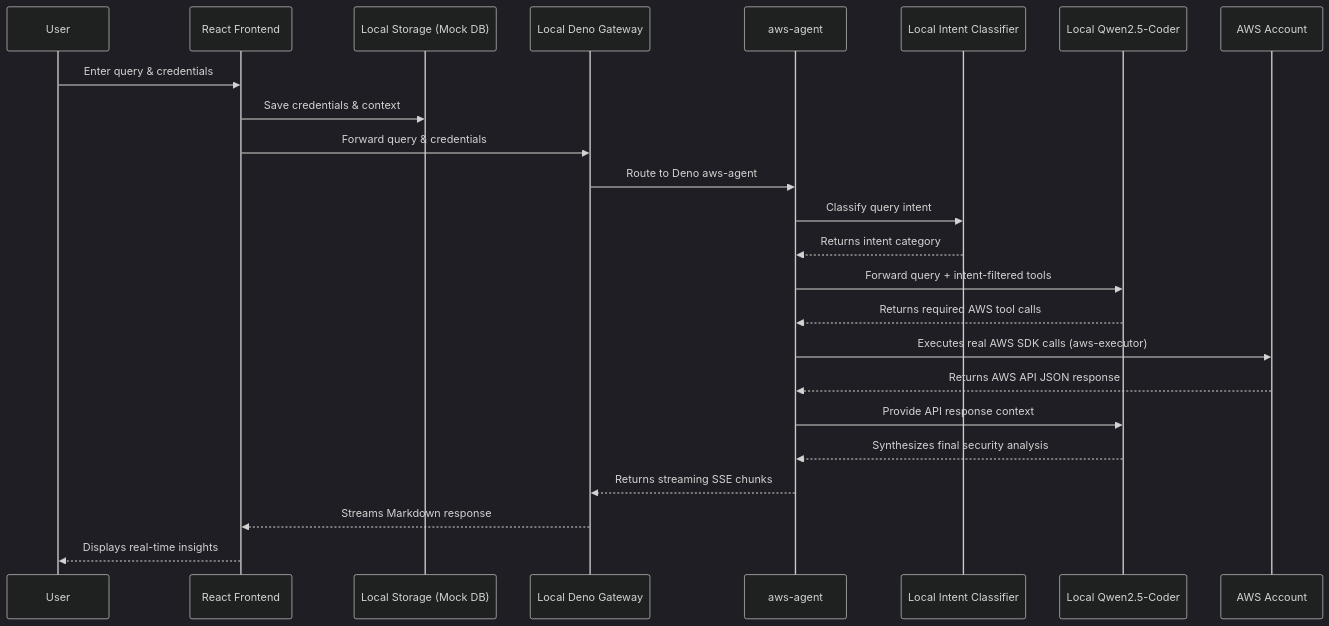
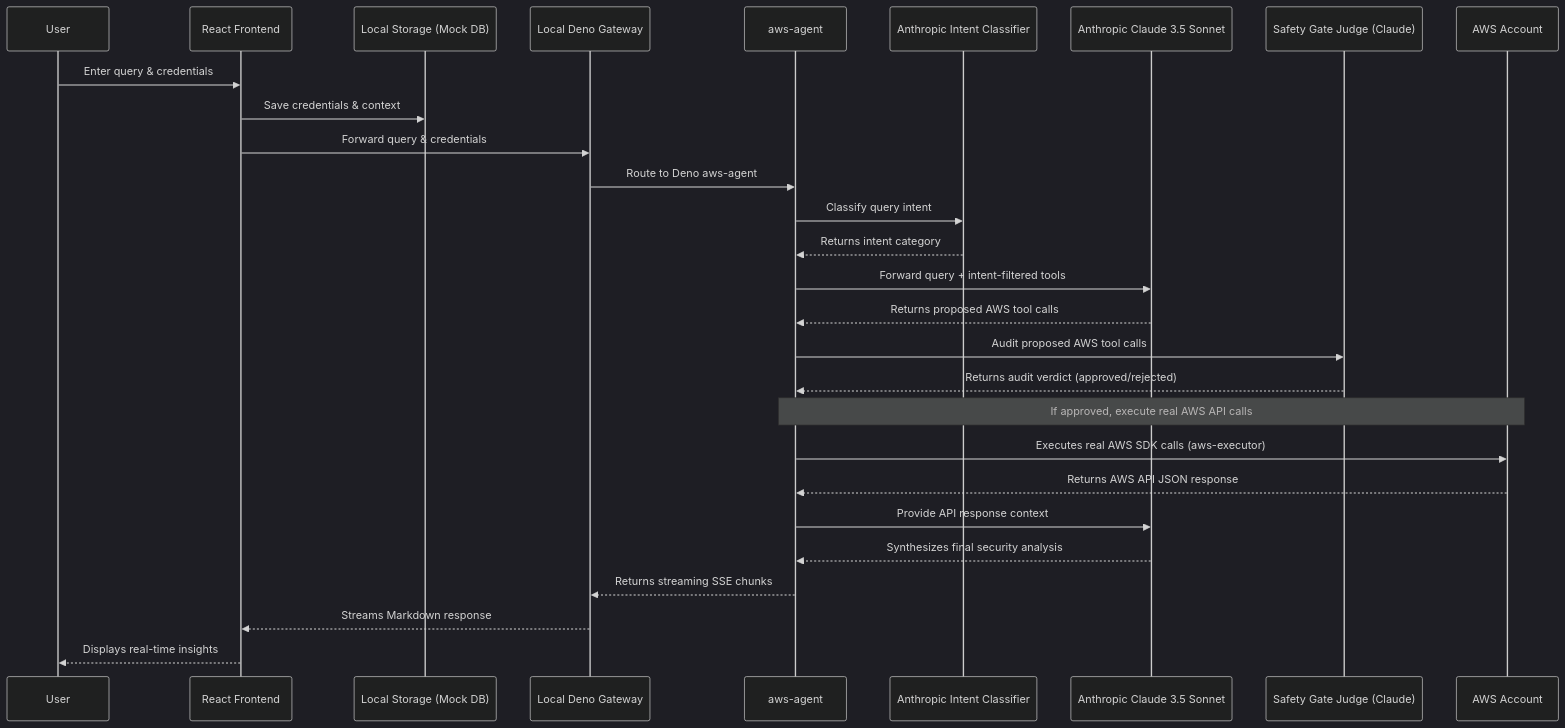
The diagram in README.md (ritvikindupuri/CloudPilot-AI---AWS-Security-Agent), drawn with Mermaid (dark theme) before and after one commit. The commit also changed other lines of this file and 2 other files, not shown here.

Commit message:
feat: migrate exclusively to Claude 3.5 Sonnet, implement Safety Gate Judge consensus checking, and update documentation

````diff
--- a/README.md
+++ b/README.md
@@ -13,27 +13,31 @@
 ```mermaid
 sequenceDiagram
     participant User
     participant Frontend as React Frontend
     participant DB as Local Storage (Mock DB)
     participant Gateway as Local Deno Gateway
     participant Agent as aws-agent
-    participant Classifier as Local Intent Classifier
-    participant LLM as Local Qwen2.5-Coder
+    participant Classifier as Anthropic Intent Classifier
+    participant LLM as Anthropic Claude 3.5 Sonnet
+    participant Judge as Safety Gate Judge (Claude)
     participant AWS as AWS Account
 
     User->>Frontend: Enter query & credentials
     Frontend->>DB: Save credentials & context
     Frontend->>Gateway: Forward query & credentials
     Gateway->>Agent: Route to Deno aws-agent
     Agent->>Classifier: Classify query intent
     Classifier-->>Agent: Returns intent category
     Agent->>LLM: Forward query + intent-filtered tools
-    LLM-->>Agent: Returns required AWS tool calls
+    LLM-->>Agent: Returns proposed AWS tool calls
+    Agent->>Judge: Audit proposed AWS tool calls
+    Judge-->>Agent: Returns audit verdict (approved/rejected)
+    Note over Agent, AWS: If approved, execute real AWS API calls
     Agent->>AWS: Executes real AWS SDK calls (aws-executor)
     AWS-->>Agent: Returns AWS API JSON response
     Agent->>LLM: Provide API response context
     LLM-->>Agent: Synthesizes final security analysis
     Agent-->>Gateway: Returns streaming SSE chunks
     Gateway-->>Frontend: Streams Markdown response
     Frontend-->>User: Displays real-time insights
 ```
````
